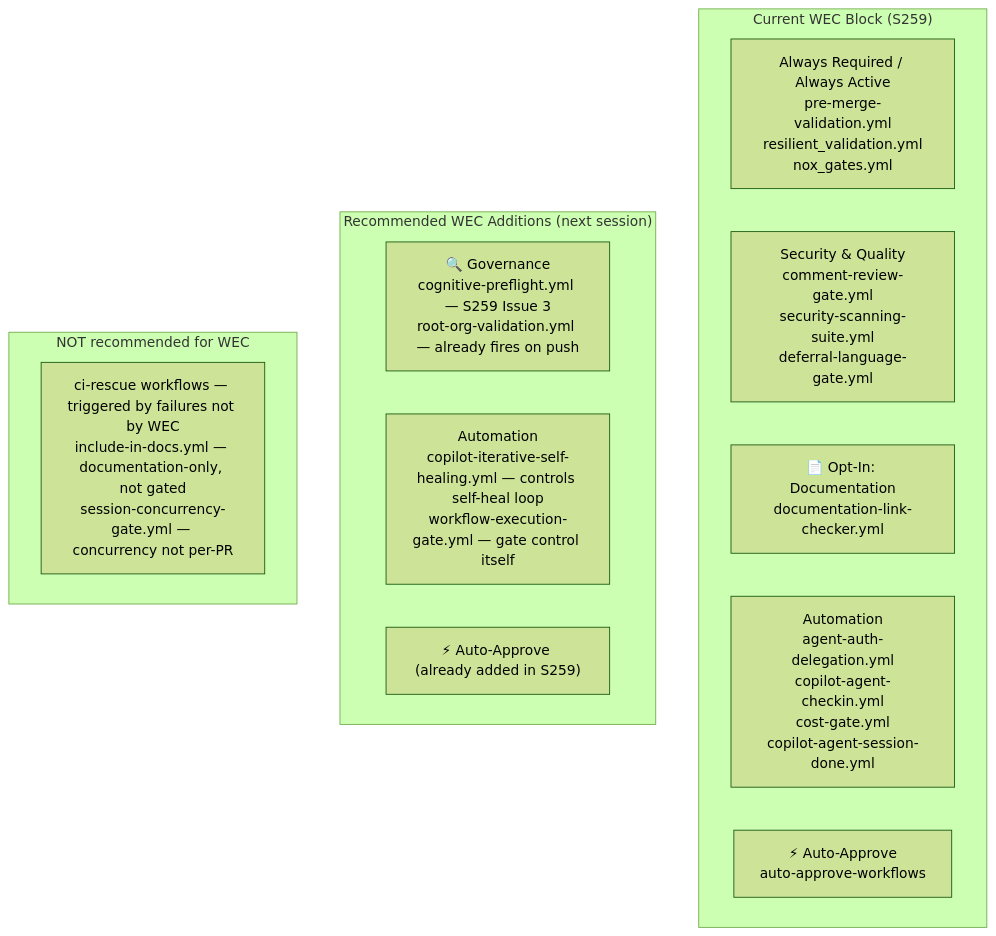
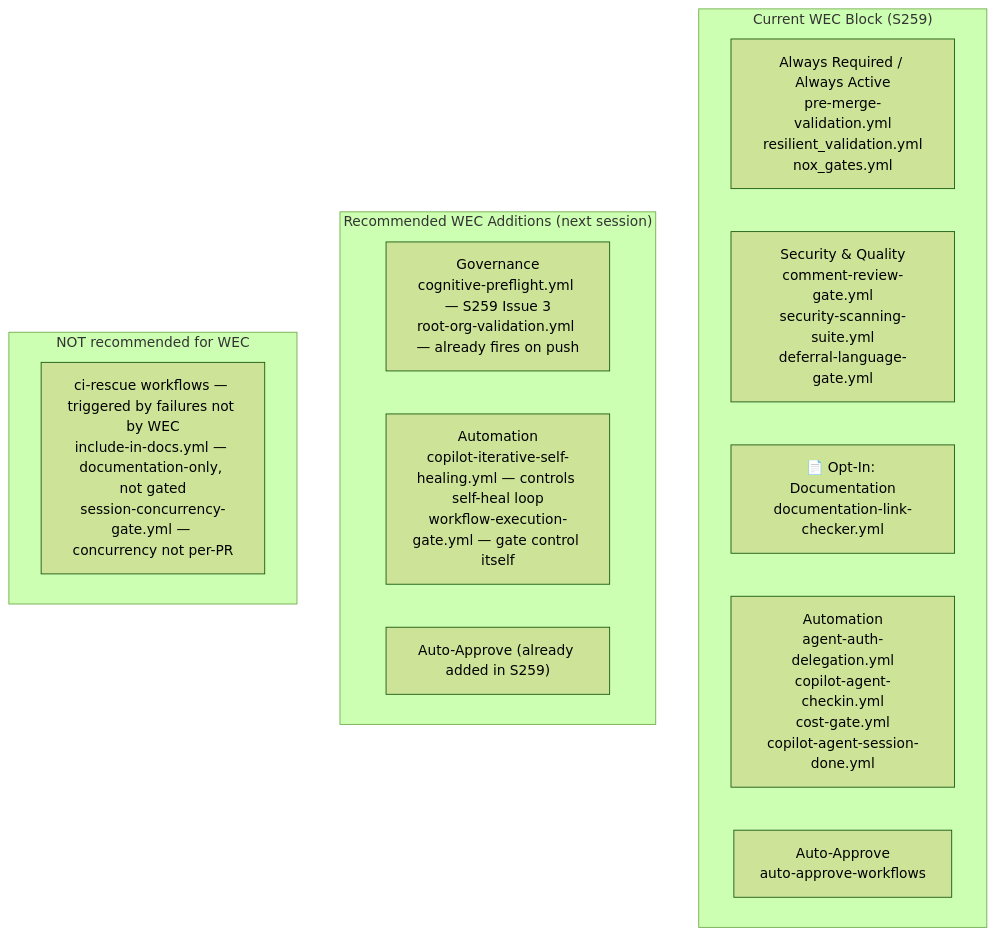
Before and after one commit to Aries-Serpent/_codex_: the seventh of 9 diagrams in docs/workflows/PR_COMMENT_LIFECYCLE.md, drawn with Mermaid (forest theme). The commit also changed other lines of this file and 1989 other files, not shown here.

````diff
--- a/docs/workflows/PR_COMMENT_LIFECYCLE.md
+++ b/docs/workflows/PR_COMMENT_LIFECYCLE.md
@@ -301,21 +301,21 @@
 ```mermaid
 %%{init: {'accessibility': {'title': 'Flowchart showing "Current WEC Block (S259)", " Always Required / Always Active\npre-merge-validation.yml\nresilient_validation.yml\nnox_gates.yml"'}}%%
 flowchart TD
     subgraph CURRENT_WEC["Current WEC Block (S259)"]
         V[" Always Required / Always Active\npre-merge-validation.yml\nresilient_validation.yml\nnox_gates.yml"]
         SQ[" Security & Quality\ncomment-review-gate.yml\nsecurity-scanning-suite.yml\ndeferral-language-gate.yml"]
         D["📄 Opt-In: Documentation\ndocumentation-link-checker.yml"]
         A[" Automation\nagent-auth-delegation.yml\ncopilot-agent-checkin.yml\ncost-gate.yml\ncopilot-agent-session-done.yml"]
-        AP["⚡ Auto-Approve\nauto-approve-workflows"]
+        AP[" Auto-Approve\nauto-approve-workflows"]
     end
 
     subgraph RECOMMEND["Recommended WEC Additions (next session)"]
-        R1["🔍 Governance\ncognitive-preflight.yml — S259 Issue 3\nroot-org-validation.yml — already fires on push"]
+        R1[" Governance\ncognitive-preflight.yml — S259 Issue 3\nroot-org-validation.yml — already fires on push"]
         R2[" Automation\ncopilot-iterative-self-healing.yml — controls self-heal loop\nworkflow-execution-gate.yml — gate control itself"]
-        R3["⚡ Auto-Approve (already added in S259)"]
+        R3[" Auto-Approve (already added in S259)"]
     end
 
     subgraph NOT_RECOMMENDED["NOT recommended for WEC"]
         N1["ci-rescue workflows — triggered by failures not by WEC\ninclude-in-docs.yml — documentation-only, not gated\nsession-concurrency-gate.yml — concurrency not per-PR"]
     end
 ```
````
